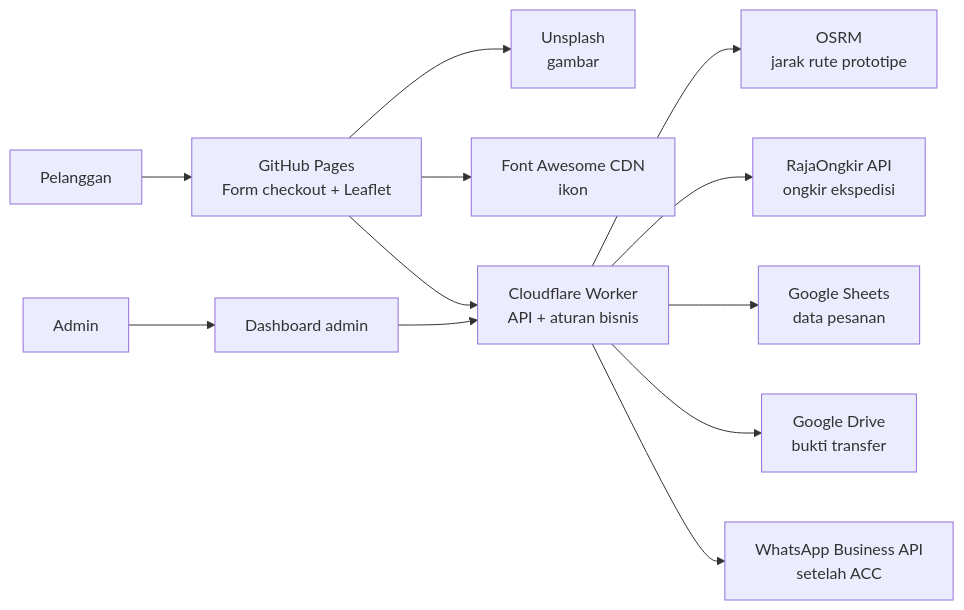
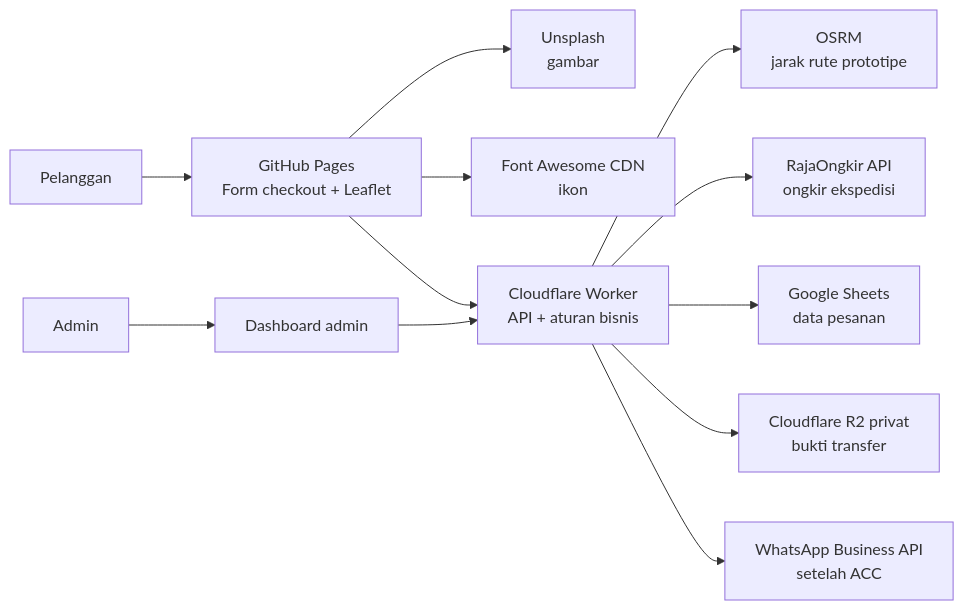
One commit to ajielt7/ajielt7.github.io changed the diagram in pemesanan/docs/architecture.md. Above: the diagram before and after it, drawn with Mermaid. The commit also changed other lines of this file, not shown here.

Commit message:
Update docs/architecture.md untuk upload bukti R2

````diff
--- a/pemesanan/docs/architecture.md
+++ b/pemesanan/docs/architecture.md
@@ -7,14 +7,14 @@
 ```mermaid
 flowchart LR
   Customer[Pelanggan] --> Pages[GitHub Pages<br/>Form checkout + Leaflet]
   Pages --> Unsplash[Unsplash<br/>gambar]
   Pages --> FA[Font Awesome CDN<br/>ikon]
   Pages --> Worker[Cloudflare Worker<br/>API + aturan bisnis]
   Worker --> OSRM[OSRM<br/>jarak rute prototipe]
   Worker --> Raja[RajaOngkir API<br/>ongkir ekspedisi]
   Worker --> Sheets[Google Sheets<br/>data pesanan]
-  Worker --> Drive[Google Drive<br/>bukti transfer]
+  Worker --> R2[Cloudflare R2 privat<br/>bukti transfer]
   Admin[Admin] --> Dashboard[Dashboard admin]
   Dashboard --> Worker
   Worker --> WA[WhatsApp Business API<br/>setelah ACC]
 ```
````
